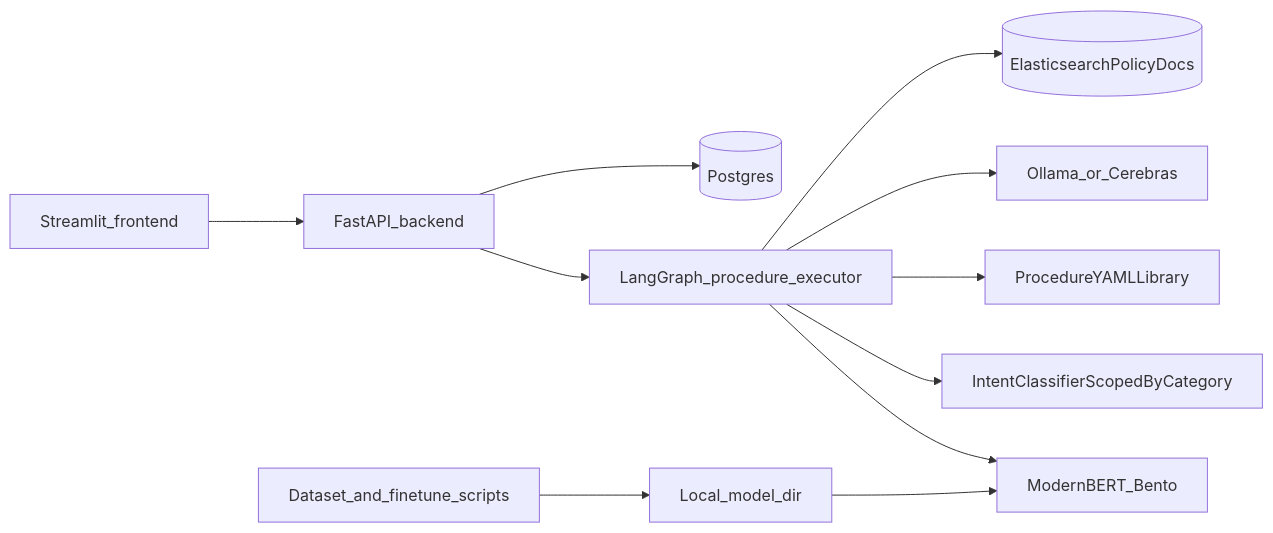
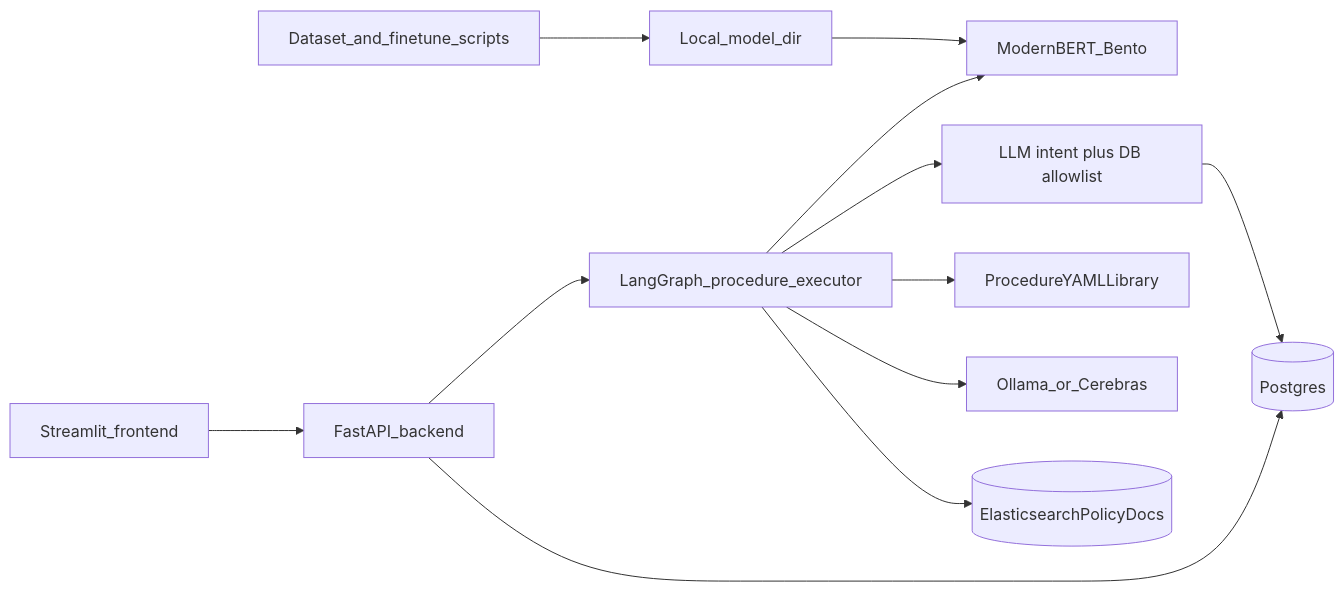
Before and after one commit to w4zir/BitBot: the diagram in README.md, drawn with Mermaid. The commit also changed other lines of this file and 2 other files, not shown here.

Commit message:
updated docs and addded agent architecture document

````diff
--- a/README.md
+++ b/README.md
@@ -7,13 +7,14 @@
 ```mermaid
 flowchart LR
   fe[Streamlit_frontend] --> be[FastAPI_backend]
   be --> lg[LangGraph_procedure_executor]
   lg --> bento[ModernBERT_Bento]
-  lg --> intent[IntentClassifierScopedByCategory]
+  lg --> llmIntent["LLM intent plus DB allowlist"]
   lg --> yaml[ProcedureYAMLLibrary]
   lg --> llm[Ollama_or_Cerebras]
   lg --> es[(ElasticsearchPolicyDocs)]
   be --> pg[(Postgres)]
+  llmIntent --> pg
   train[Dataset_and_finetune_scripts] --> artifacts[Local_model_dir]
   artifacts --> bento
 ```
````
